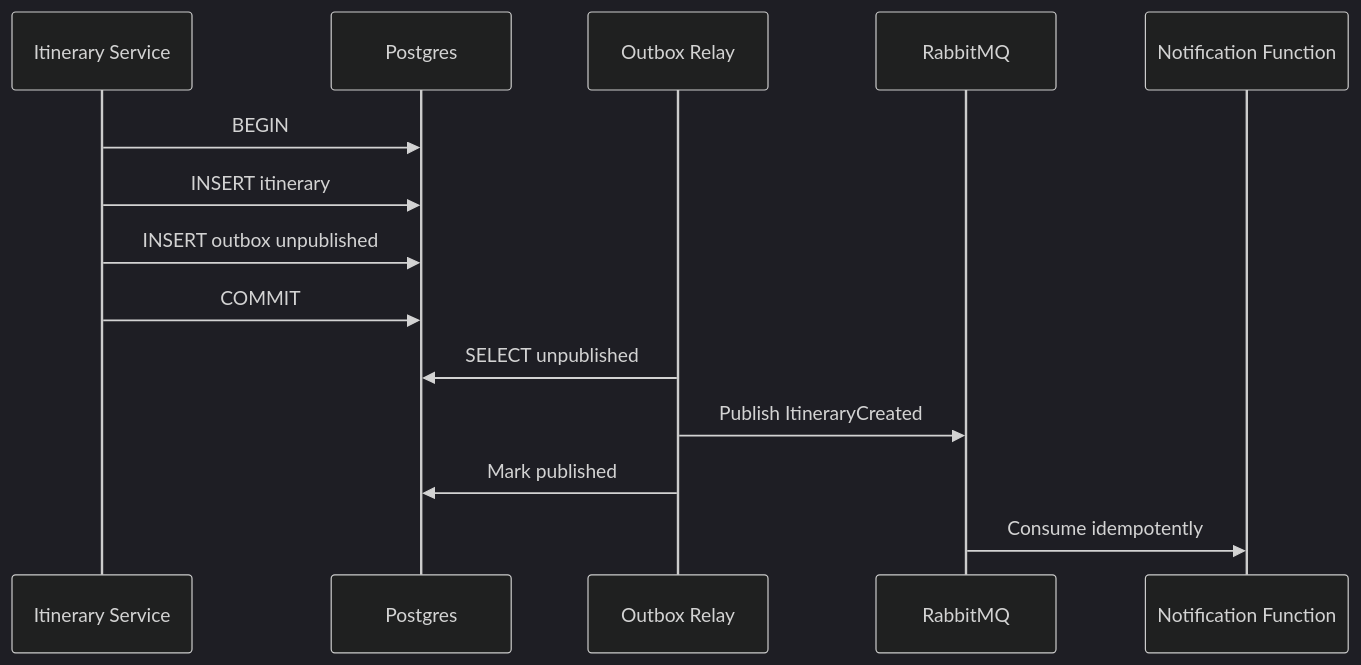
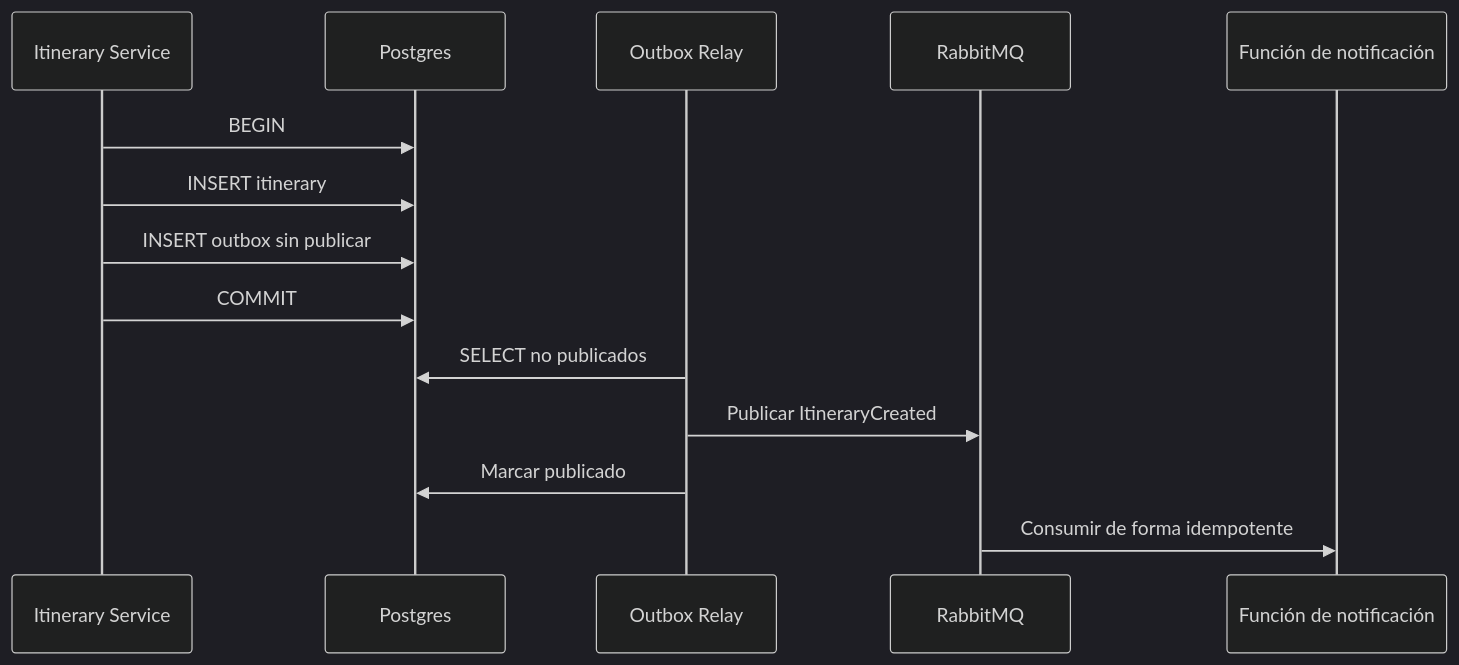
Before and after one commit to bue221/proyecto-arquitectura-software-emergente: the second of 2 diagrams in wiki/Diagrams-outbox.md, drawn with Mermaid (dark theme). The commit also changed other lines of this file and 38 other files, not shown here.

````diff
--- a/wiki/Diagrams-outbox.md
+++ b/wiki/Diagrams-outbox.md
@@ -22,17 +22,17 @@
 ```mermaid
 sequenceDiagram
   participant S as Itinerary Service
   participant DB as Postgres
   participant R as Outbox Relay
   participant Q as RabbitMQ
-  participant F as Notification Function
+  participant F as Función de notificación
 
   S->>DB: BEGIN
   S->>DB: INSERT itinerary
-  S->>DB: INSERT outbox unpublished
+  S->>DB: INSERT outbox sin publicar
   S->>DB: COMMIT
-  R->>DB: SELECT unpublished
-  R->>Q: Publish ItineraryCreated
-  R->>DB: Mark published
-  Q->>F: Consume idempotently
+  R->>DB: SELECT no publicados
+  R->>Q: Publicar ItineraryCreated
+  R->>DB: Marcar publicado
+  Q->>F: Consumir de forma idempotente
 ```
````
